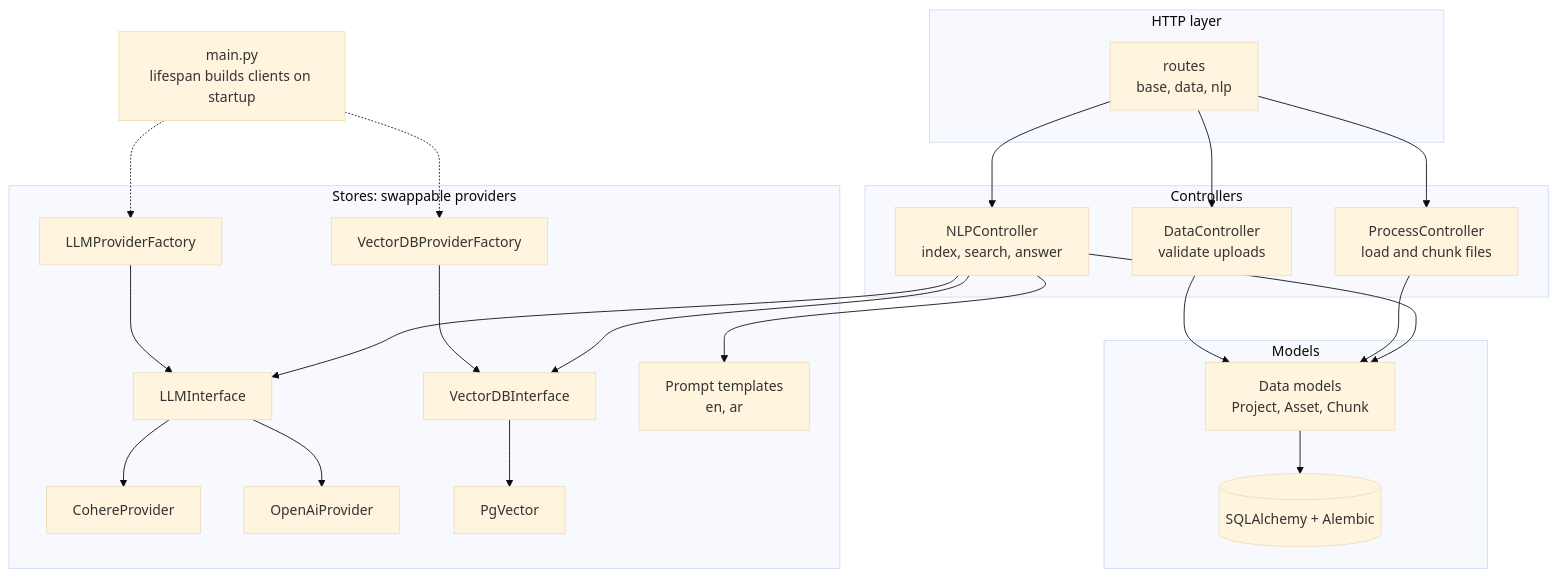
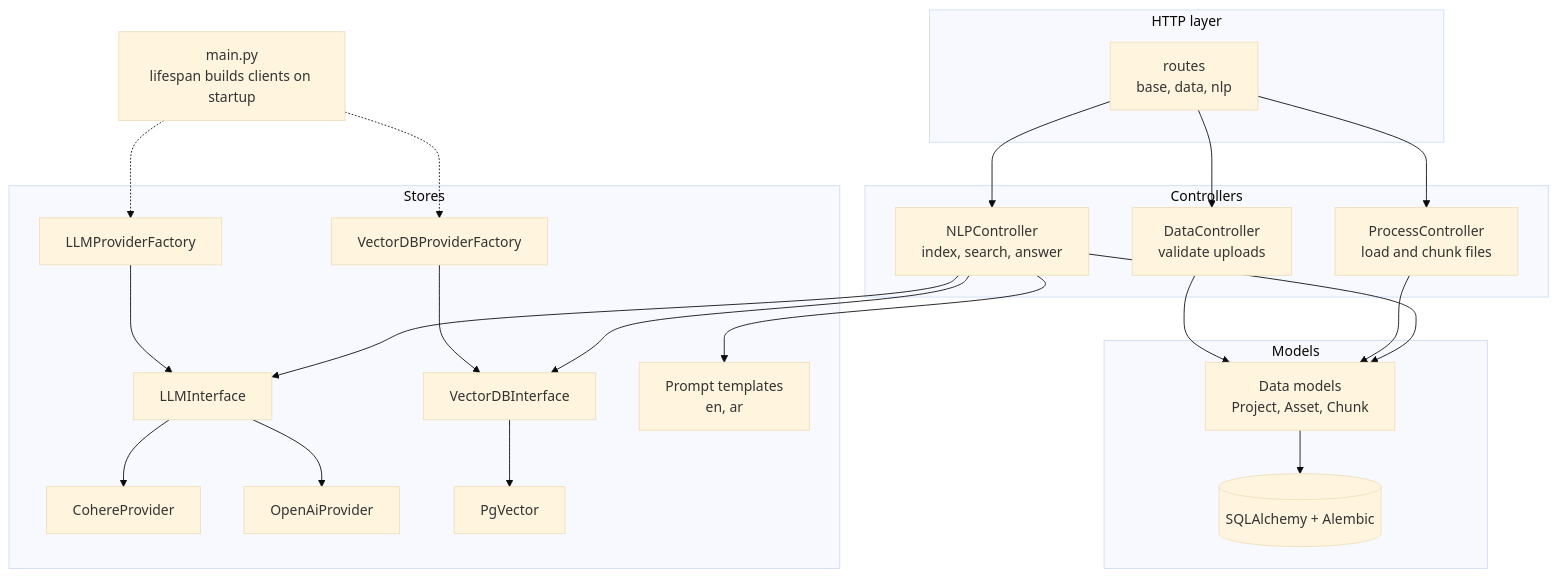
Before and after one commit to ElsebaiyMohamed/MiniRag_26: the second of 6 diagrams in README.md, drawn with Mermaid (base theme). The commit also changed other lines of this file and 10 other files, not shown here.

````diff
--- a/README.md
+++ b/README.md
@@ -90,33 +91,33 @@
 ```mermaid
 flowchart TB
     main["main.py<br/>lifespan builds clients on startup"]
 
     subgraph http["HTTP layer"]
         routes["routes<br/>base, data, nlp"]
     end
 
     subgraph logic["Controllers"]
         dc["DataController<br/>validate uploads"]
         pc["ProcessController<br/>load and chunk files"]
         nc["NLPController<br/>index, search, answer"]
     end
 
     subgraph persistence["Models"]
         dm["Data models<br/>Project, Asset, Chunk"]
         orm[("SQLAlchemy + Alembic")]
     end
 
-    subgraph stores["Stores: swappable providers"]
+    subgraph stores["Stores"]
         llmf["LLMProviderFactory"] --> llmi["LLMInterface"]
         llmi --> cohere["CohereProvider"]
         llmi --> openai["OpenAiProvider"]
         vf["VectorDBProviderFactory"] --> vi["VectorDBInterface"]
         vi --> pgv["PgVector"]
         tpl["Prompt templates<br/>en, ar"]
     end
 
     routes --> dc & pc & nc
     dc & pc & nc --> dm --> orm
     nc --> llmi & vi & tpl
     main -.-> llmf & vf
 ```
````
